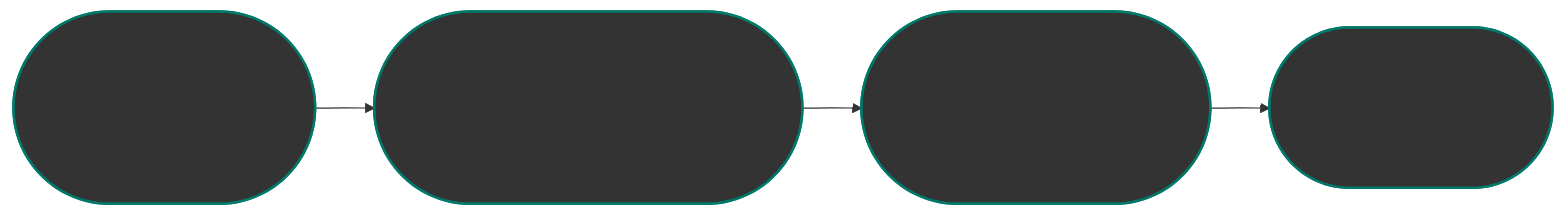
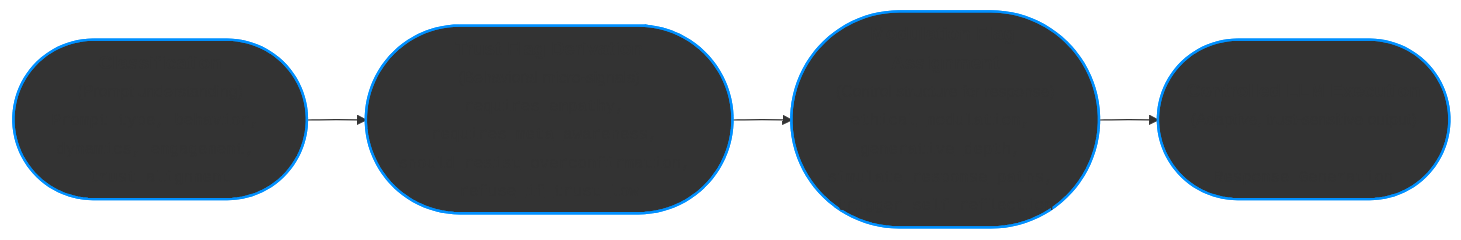
One commit to ktjkc/reflextrust changed the second of 2 diagrams in paper/trust-modulation-core.md. Above: the diagram before and after it, drawn with Mermaid. The commit also changed other lines of this file and 1 other file, not shown here.

````diff
--- a/paper/trust-modulation-core.md
+++ b/paper/trust-modulation-core.md
@@ -168,11 +168,11 @@
 ```mermaid
 flowchart LR
-    A(["Classification<br><small>(Prompt understanding)</small><br><tt>Prompt type, behavior, dynamics, engagement, trust alignment</tt>"])
-  --> B(["Trust Flag Derivation<br><small>(Behavioral micro-signals)</small><br><tt>requires_empathy, requires_meta_awareness, should_resist_overconfirmation, refuse_if_trust_low</tt>"]) 
-    --> C(["Modulation Flag Assignment<br><small>(Control structure for response)</small><br><tt>ethical_modulation, generative_depth, simulate_response_paths, trigger_self_reflection</tt>"]) 
-    --> D(["<br>Controlled LLM Execution<br><small>(Adaptive, trust-sensitive output)</small><br><br><tt>Response Generation</tt><br>"])
+    A(["<b>Classification</b><br><small>(Prompt understanding)</small><br><small><tt>Prompt type, behavior, dynamics, engagement, trust alignment</tt></small>"])
+  --> B(["<b>Trust Flag Derivation</b><br><small>(Behavioral micro-signals)</small><br><small><tt>requires_empathy, requires_meta_awareness, should_resist_overconfirmation, refuse_if_trust_low</small></tt>"]) 
+    --> C(["<b>Modulation Flag Assignment</b><br><small>(Control structure for response)</small><br><small><tt>ethical_modulation, generative_depth, simulate_response_paths, trigger_self_reflection</tt></small>"]) 
+    --> D(["<br><b>Controlled LLM Execution</b><br><small>(Adaptive, trust-sensitive output)</small><br><br><small><tt>Response Generation</tt></small><br>"])
 
-    classDef node fill:#333333,stroke:#00796b,stroke-width:2px,rx:12,ry:12;
+    classDef node fill:#333333,stroke:#0090ff,stroke-width:2px,rx:12,ry:12;
     class A,B,C,D node;
 
 ```
````
